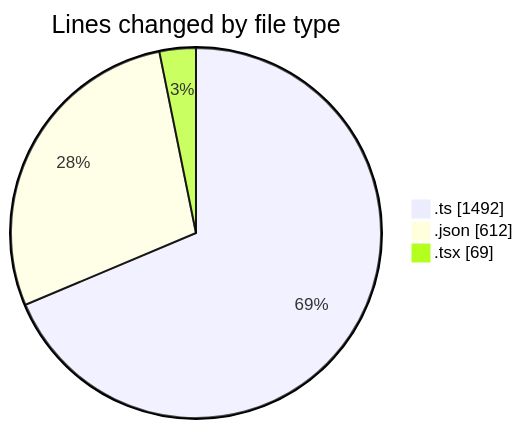
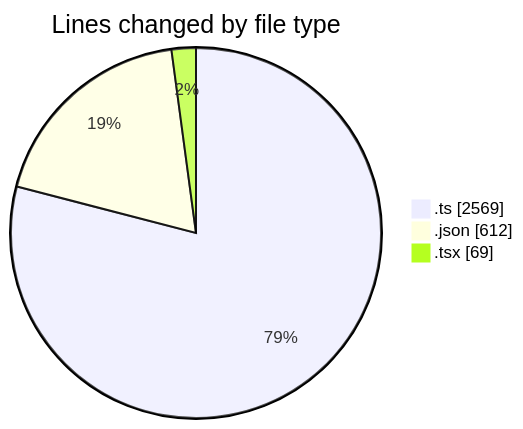
One commit to momahboobian/code-tracking changed the first of 2 diagrams in 2025-10-22/cda/README.md. Above: the diagram before and after it, drawn with Mermaid. The commit also changed other lines of this file and 1 other file, not shown here.

````diff
--- a/2025-10-22/cda/README.md
+++ b/2025-10-22/cda/README.md
@@ -28,7 +28,7 @@
 ```mermaid
 pie showData
 title Lines changed by file type
-".ts" : 1492
+".ts" : 2569
 ".json" : 612
 ".tsx" : 69
 ```
````
